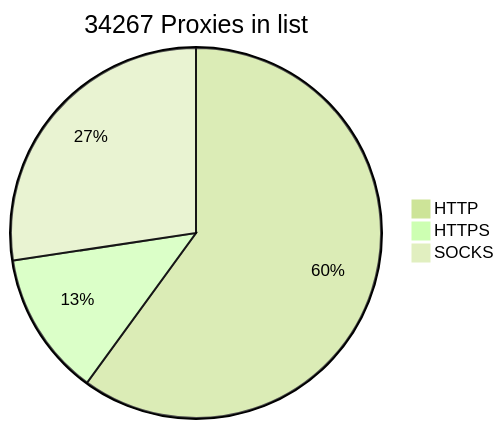
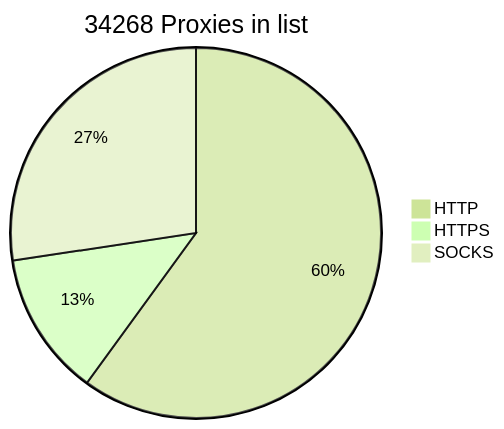
The diagram in README.md (BlackSnowDot/proxylist-update-every-minute), drawn with Mermaid (forest theme) before and after one commit.

````diff
--- a/README.md
+++ b/README.md
@@ -2,6 +2,6 @@
 ```mermaid
-pie title 34267 Proxies in list
+pie title 34268 Proxies in list
     "HTTP" : 22779
     "HTTPS": 4785
-    "SOCKS" : 10393
+    "SOCKS" : 10394
 ```
````
